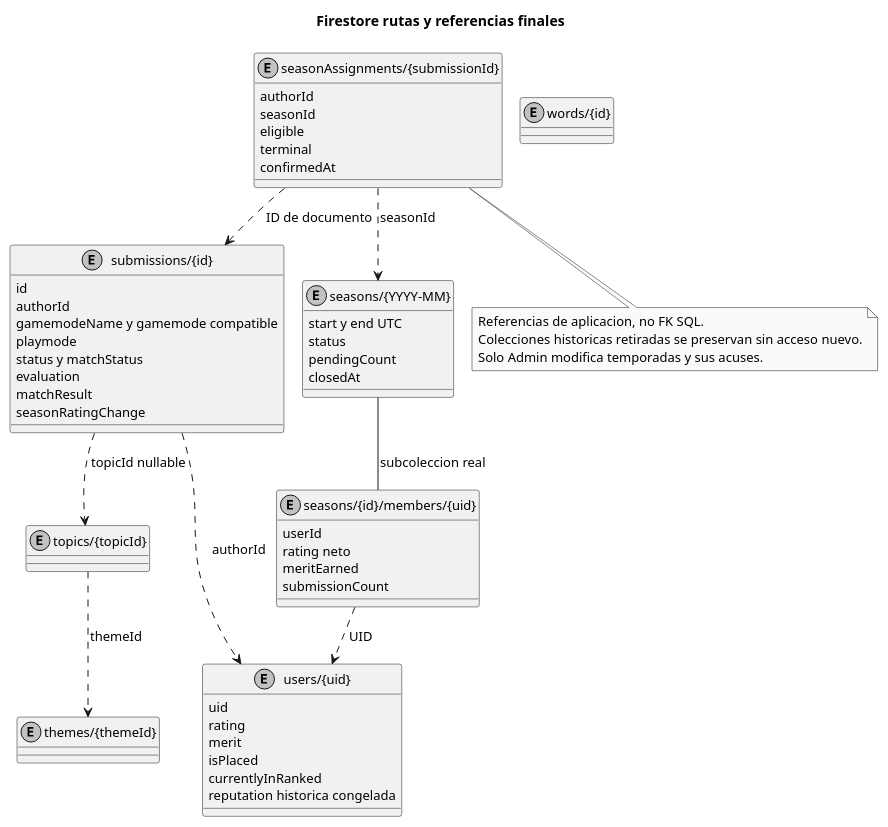
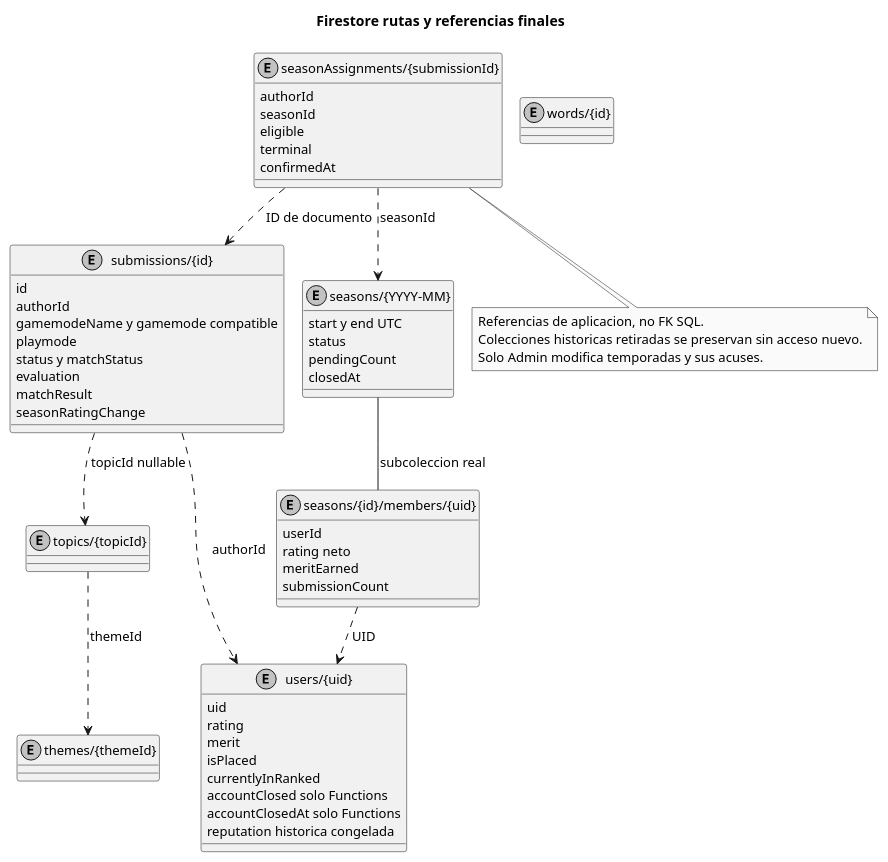
Before and after one commit to Rnz5/Inkr8-ISW2: the diagram in delivery/uml/data-model.puml, drawn with PlantUML. The commit also changed 62 other files, not shown here.

First line of the commit message:
test(delivery): verificar cierre Auth aprobado y renovar informe UML APK y evidencias

```diff
--- a/delivery/uml/data-model.puml
+++ b/delivery/uml/data-model.puml
@@ -1,60 +1,62 @@
 @startuml
 !pragma layout smetana
 skinparam monochrome true
 skinparam shadowing false
 skinparam defaultFontName Arial
 skinparam defaultFontSize 13
 title Firestore rutas y referencias finales
 entity "users/{uid}" as User {
  uid
  rating
  merit
  isPlaced
  currentlyInRanked
+ accountClosed solo Functions
+ accountClosedAt solo Functions
  reputation historica congelada
 }
 entity "submissions/{id}" as Sub {
  id
  authorId
  gamemodeName y gamemode compatible
  playmode
  status y matchStatus
  evaluation
  matchResult
  seasonRatingChange
 }
 entity "seasons/{YYYY-MM}" as Season {
  start y end UTC
  status
  pendingCount
  closedAt
 }
 entity "seasons/{id}/members/{uid}" as Member {
  userId
  rating neto
  meritEarned
  submissionCount
 }
 entity "seasonAssignments/{submissionId}" as Ledger {
  authorId
  seasonId
  eligible
  terminal
  confirmedAt
 }
 entity "themes/{themeId}" as Theme
 entity "topics/{topicId}" as Topic
 entity "words/{id}" as Word
 Sub ..> User : authorId
 Sub ..> Topic : topicId nullable
 Topic ..> Theme : themeId
 Ledger ..> Sub : ID de documento
 Ledger ..> Season : seasonId
 Season -- Member : subcoleccion real
 Member ..> User : UID
 note bottom of Ledger
  Referencias de aplicacion, no FK SQL.
  Colecciones historicas retiradas se preservan sin acceso nuevo.
  Solo Admin modifica temporadas y sus acuses.
 end note
 @enduml
```
